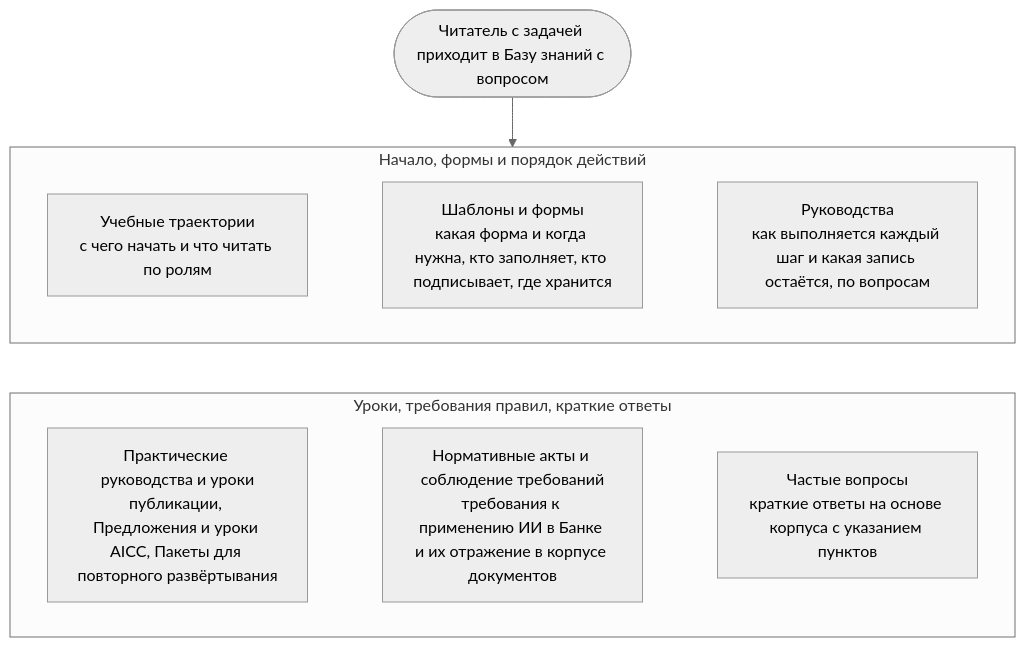
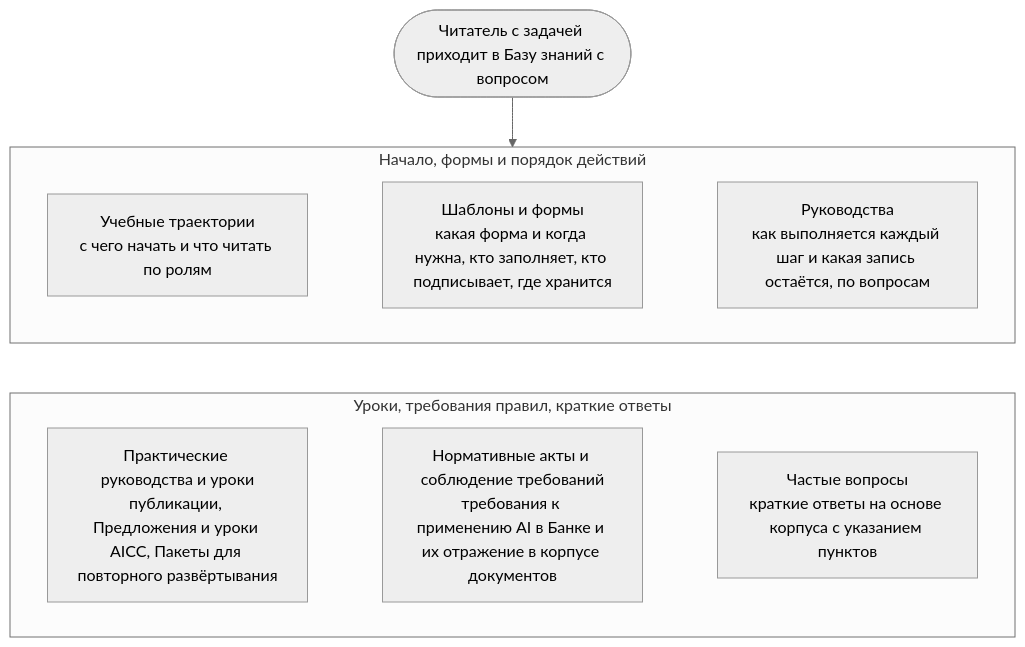
Before and after one commit to devhogu/ob-aicc: the diagram in portal/content/ru/knowledge-base/overview.md, drawn with Mermaid (neutral theme). The commit also changed other lines of this file and 768 other files, not shown here.

````diff
--- a/portal/content/ru/knowledge-base/overview.md
+++ b/portal/content/ru/knowledge-base/overview.md
@@ -13,14 +13,14 @@
 ```mermaid
 flowchart TB
   Q(["Читатель с задачей приходит в Базу знаний с вопросом"])
   subgraph ROW1["Начало, формы и порядок действий"]
     direction LR
     L["Учебные траектории<br/>с чего начать и что читать по ролям"] ~~~ T["Шаблоны и формы<br/>какая форма и когда нужна, кто заполняет, кто подписывает, где хранится"] ~~~ G["Руководства<br/>как выполняется каждый шаг и какая запись остаётся, по вопросам"]
   end
   subgraph ROW2["Уроки, требования правил, краткие ответы"]
     direction LR
-    P["Практические руководства и уроки<br/>публикации, Предложения и уроки AICC, Пакеты для повторного развёртывания"] ~~~ A["Нормативные акты и соблюдение требований<br/>требования к применению ИИ в Банке и их отражение в корпусе документов"] ~~~ F["Частые вопросы<br/>краткие ответы на основе корпуса с указанием пунктов"]
+    P["Практические руководства и уроки<br/>публикации, Предложения и уроки AICC, Пакеты для повторного развёртывания"] ~~~ A["Нормативные акты и соблюдение требований<br/>требования к применению AI в Банке и их отражение в корпусе документов"] ~~~ F["Частые вопросы<br/>краткие ответы на основе корпуса с указанием пунктов"]
   end
   Q --> ROW1
   ROW1 ~~~ ROW2
 ```
````
